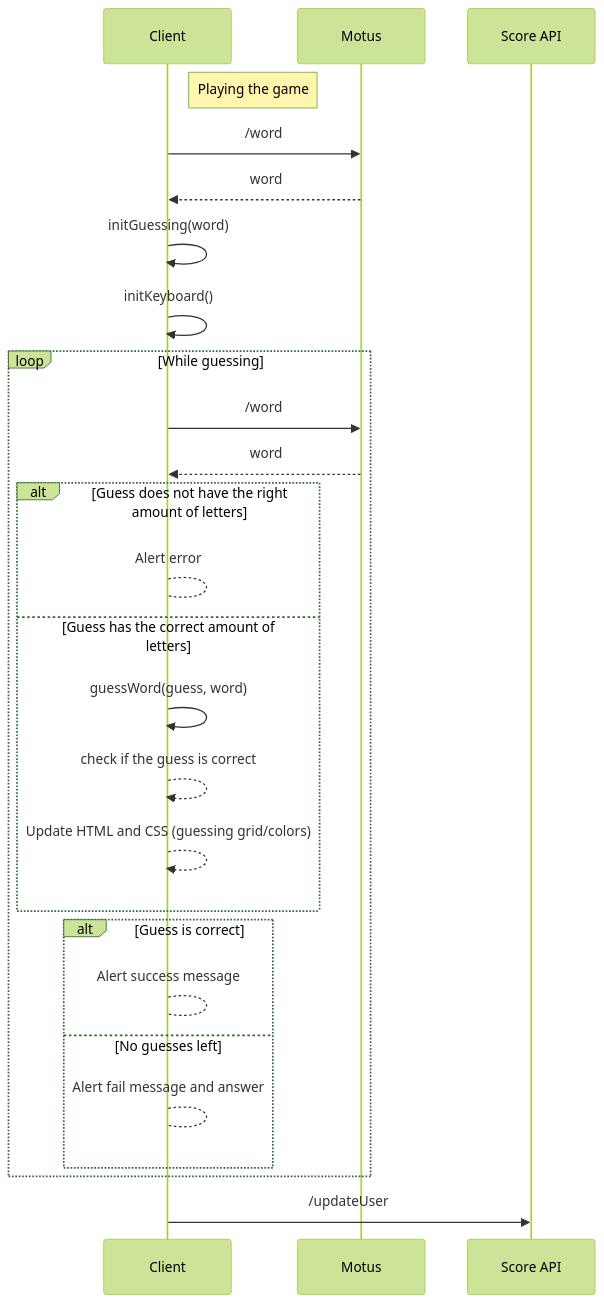
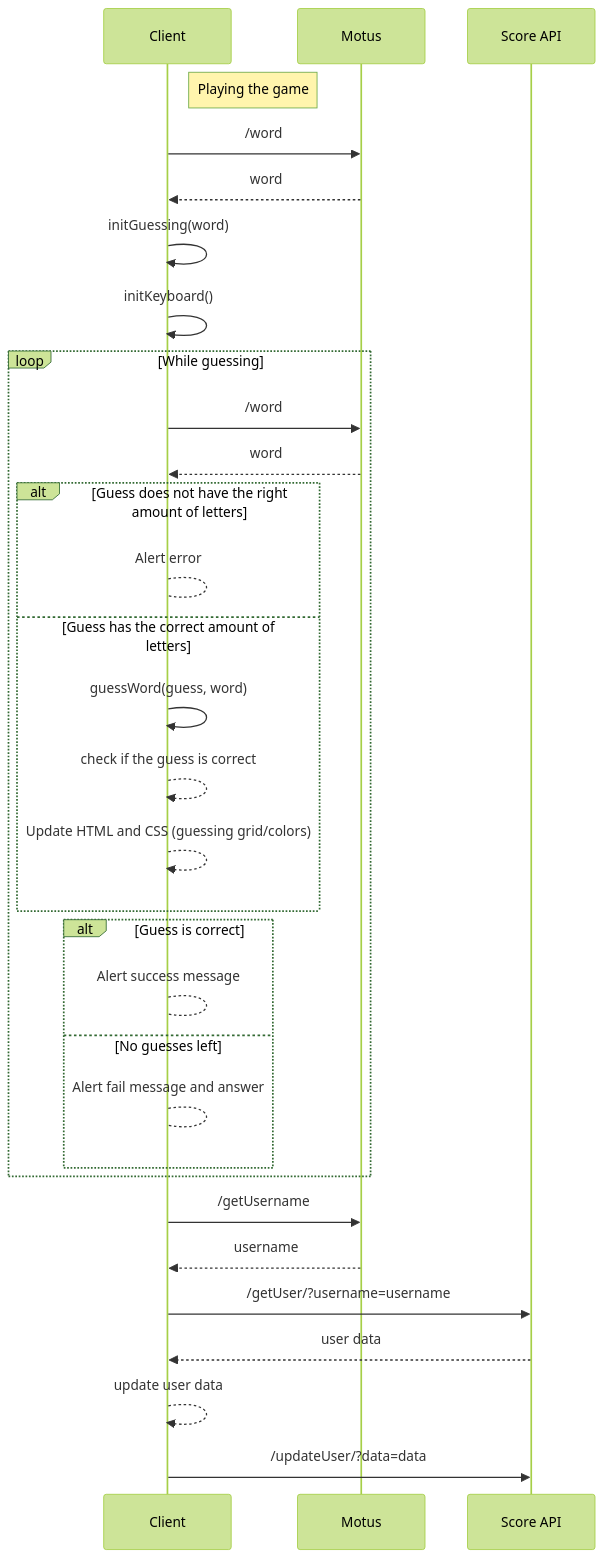
One commit to laurendudu/microservices-project changed the first of 2 diagrams in README.md. Above: the diagram before and after it, drawn with Mermaid (forest theme). The commit also changed other lines of this file and 2 other files, not shown here.

````diff
--- a/README.md
+++ b/README.md
@@ -72,28 +72,33 @@
 ```mermaid
 sequenceDiagram
     note right of Client: Playing the game
     Client ->> Motus: /word
     Motus -->> Client: word
     Client ->> Client: initGuessing(word)
     Client ->> Client: initKeyboard()
 
     loop While guessing
         Client ->> Motus: /word
         Motus -->> Client: word
         alt Guess does not have the right amount of letters
             Client --> Client: Alert error
         else Guess has the correct amount of letters
             Client ->> Client: guessWord(guess, word)
             Client -->> Client: check if the guess is correct
             Client -->> Client: Update HTML and CSS (guessing grid/colors)
         end 
 
         alt Guess is correct
             Client --> Client: Alert success message
         else No guesses left
             Client --> Client: Alert fail message and answer
         end
     end
 
-    Client ->> Score API: /updateUser
+    Client ->> Motus: /getUsername
+    Motus -->> Client: username
+    Client ->> Score API: /getUser/?username=username
+    Score API -->> Client: user data
+    Client -->> Client: update user data
+    Client ->> Score API: /updateUser/?data=data
 ```
````
